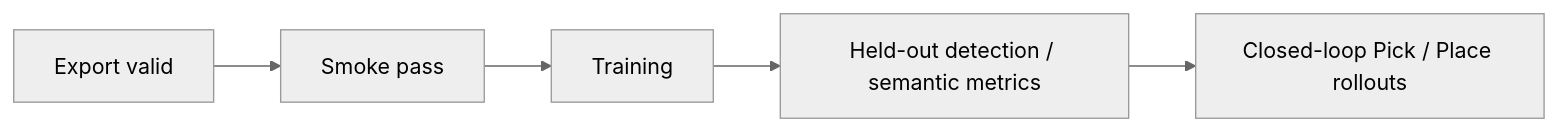
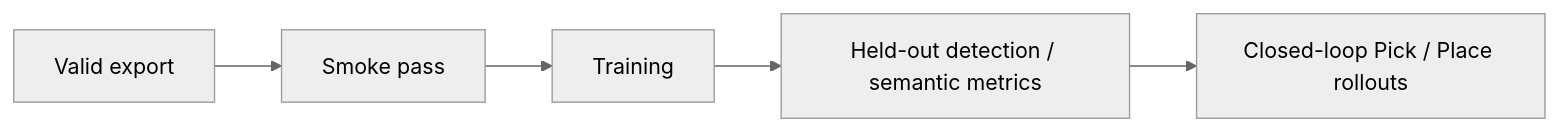
One commit to angelinemar/NSTC-Surgical-Instrument-Pick-Place changed the second of 2 diagrams in training/README.md. Above: the diagram before and after it, drawn with Mermaid (neutral theme). The commit also changed other lines of this file and 10 other files, not shown here.

Commit message:
Translate reader-facing documentation and diagrams into English

````diff
--- a/training/README.md
+++ b/training/README.md
@@ -68,7 +70,7 @@
 ```mermaid
 flowchart LR
-    A["Export valid"] --> B["Smoke pass"]
+    A["Valid export"] --> B["Smoke pass"]
     B --> C["Training"]
     C --> D["Held-out detection / semantic metrics"]
     D --> E["Closed-loop Pick / Place rollouts"]
 ```
````
